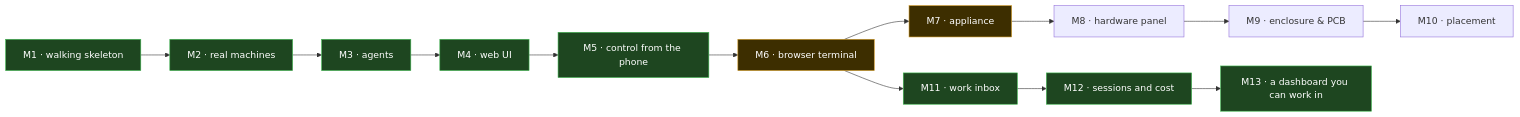
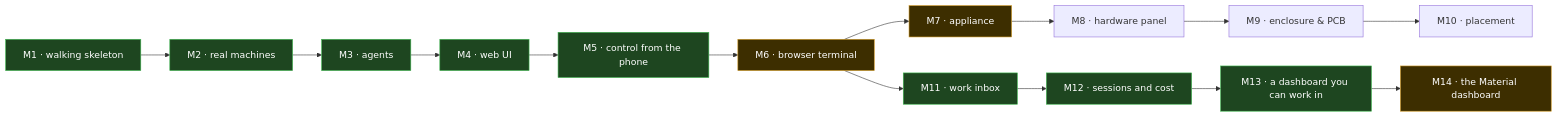
Before and after one commit to 2002Bishwajeet/yantra: the sixth of 7 diagrams in docs/architecture.md, drawn with Mermaid. The commit also changed other lines of this file and 132 other files, not shown here.

````diff
--- a/docs/architecture.md
+++ b/docs/architecture.md
@@ -228,11 +228,11 @@
 ```mermaid
 flowchart LR
     M1["M1 · walking skeleton"] --> M2["M2 · real machines"] --> M3["M3 · agents"] --> M4["M4 · web UI"] --> M5["M5 · control from the phone"] --> M6["M6 · browser terminal"] --> M7["M7 · appliance"] --> M8["M8 · hardware panel"] --> M9["M9 · enclosure & PCB"] --> M10["M10 · placement"]
 
-    M6 --> M11["M11 · work inbox"] --> M12["M12 · sessions and cost"] --> M13["M13 · a dashboard you can work in"]
+    M6 --> M11["M11 · work inbox"] --> M12["M12 · sessions and cost"] --> M13["M13 · a dashboard you can work in"] --> M14["M14 · the Material dashboard"]
 
     classDef done fill:#1e4620,stroke:#3fb950,color:#fff
     classDef doing fill:#3d2e00,stroke:#d29922,color:#fff
     class M1,M2,M3,M4,M5,M11,M12,M13 done
-    class M6,M7 doing
+    class M6,M7,M14 doing
 ```
````
